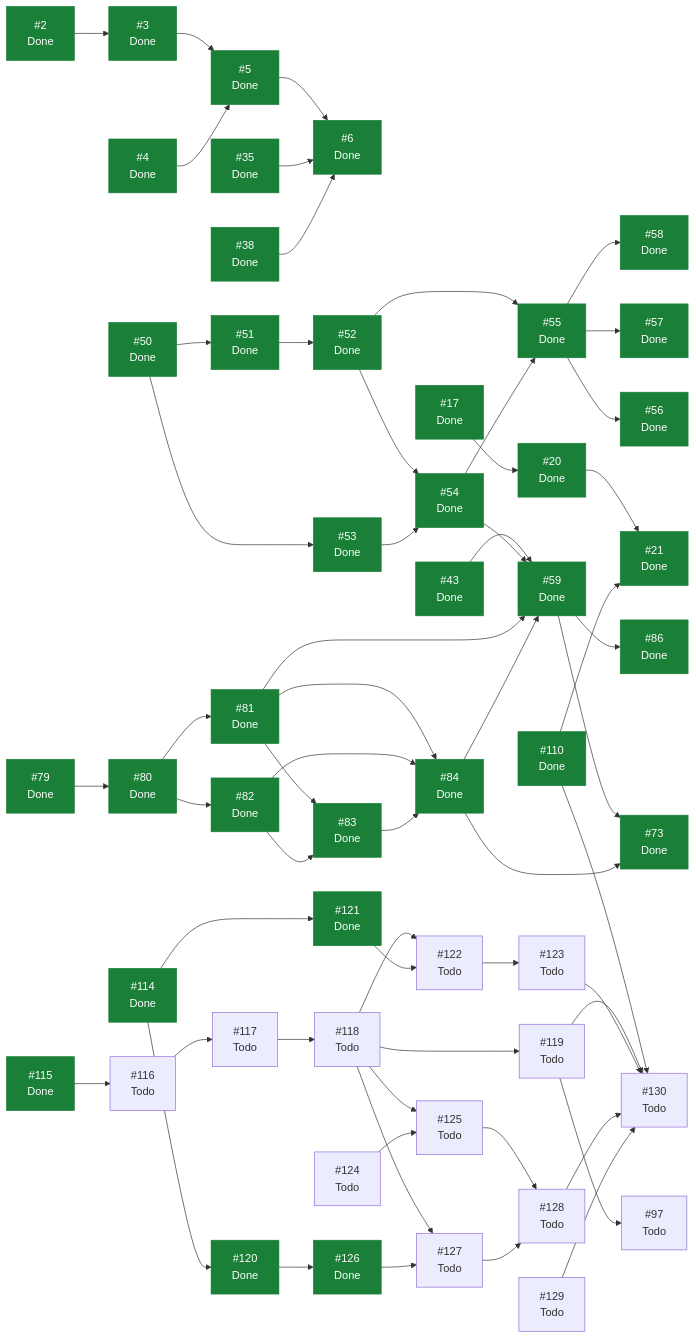
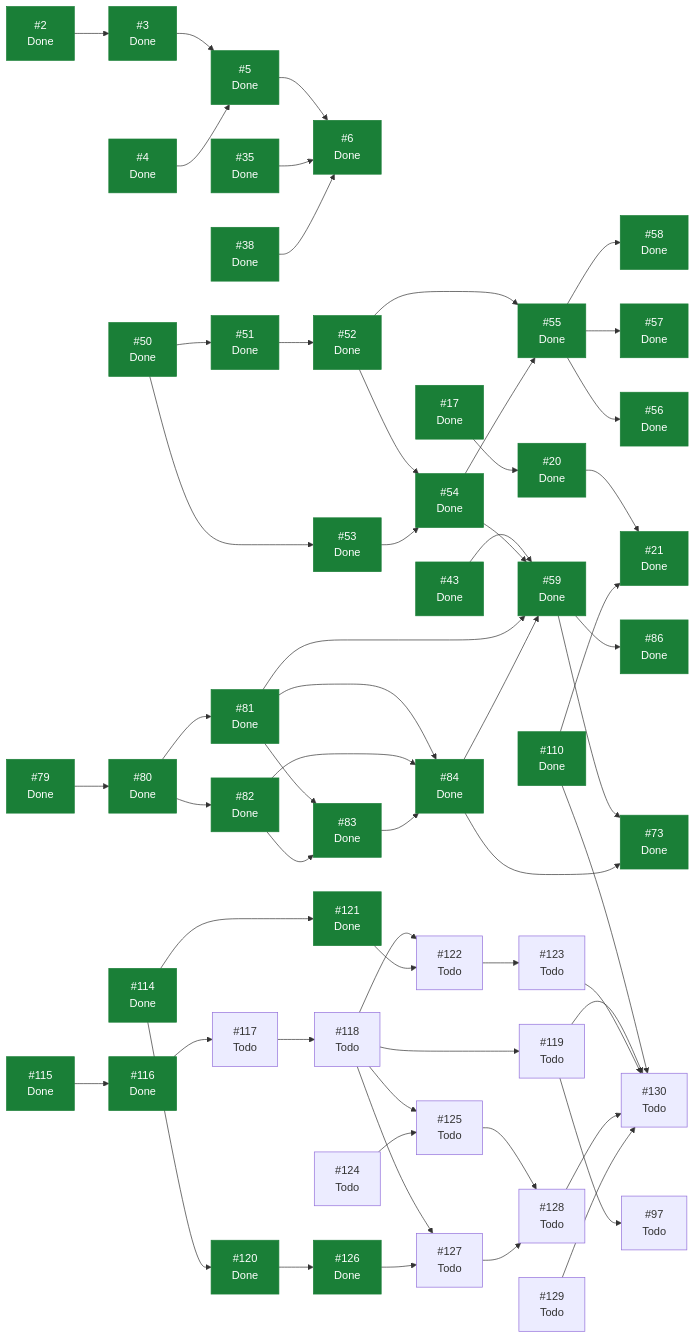
One commit to ecamp0s/evault changed the diagram in docs/planning/STATUS.md. Above: the diagram before and after it, drawn with Mermaid. The commit also changed other lines of this file, not shown here.

````diff
--- a/docs/planning/STATUS.md
+++ b/docs/planning/STATUS.md
@@ -167,7 +167,7 @@
   I110["#110<br/>Done"]
   I114["#114<br/>Done"]
   I115["#115<br/>Done"]
-  I116["#116<br/>Todo"]
+  I116["#116<br/>Done"]
   I117["#117<br/>Todo"]
   I118["#118<br/>Todo"]
   I119["#119<br/>Todo"]
@@ -239,5 +239,5 @@
   I128 --> I130
   I129 --> I130
   classDef hecho fill:#1a7f37,stroke:#1a7f37,color:#fff;
-  class I2,I3,I4,I5,I6,I17,I20,I21,I35,I38,I43,I50,I51,I52,I53,I54,I55,I56,I57,I58,I59,I73,I79,I80,I81,I82,I83,I84,I86,I110,I114,I115,I120,I121,I126 hecho;
+  class I2,I3,I4,I5,I6,I17,I20,I21,I35,I38,I43,I50,I51,I52,I53,I54,I55,I56,I57,I58,I59,I73,I79,I80,I81,I82,I83,I84,I86,I110,I114,I115,I116,I120,I121,I126 hecho;
 ```
````
